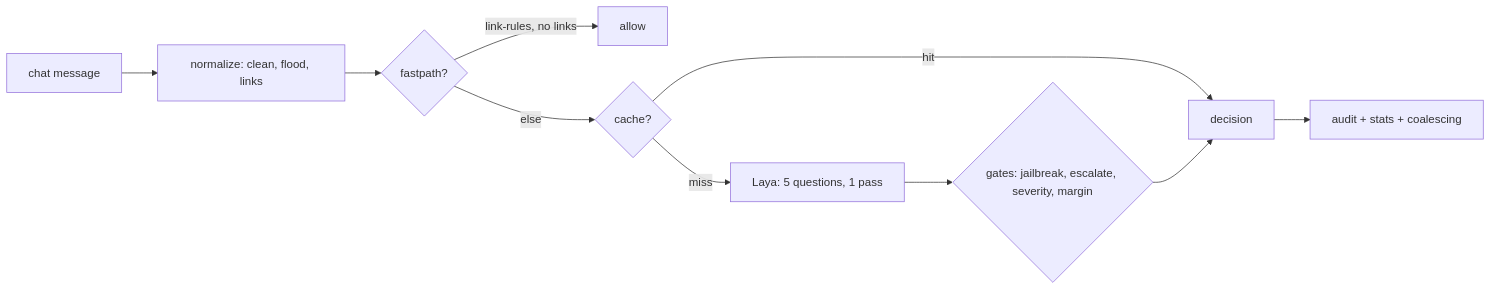
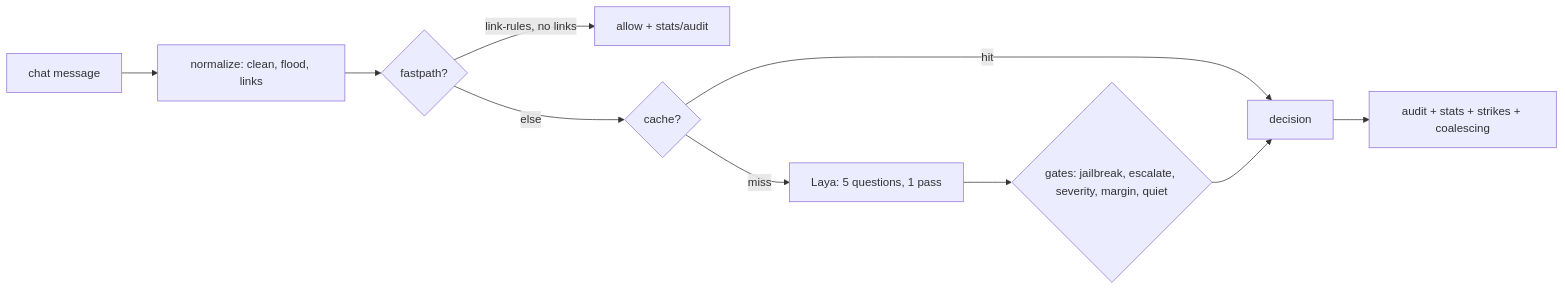
One commit to Faycall1l/bouncer changed the diagram in docs/architecture.md. Above: the diagram before and after it, drawn with Mermaid. The commit also changed other lines of this file and 1 other file, not shown here.

Commit message:
T395 architecture update

````diff
--- a/docs/architecture.md
+++ b/docs/architecture.md
@@ -3,12 +3,12 @@
 ```mermaid
 flowchart LR
     msg[chat message] --> norm[normalize: clean, flood, links]
     norm --> fp{fastpath?}
-    fp -->|link-rules, no links| allow[allow]
+    fp -->|link-rules, no links| allow[allow + stats/audit]
     fp -->|else| cache{cache?}
     cache -->|hit| out[decision]
     cache -->|miss| model[Laya: 5 questions, 1 pass]
-    model --> gate{gates: jailbreak, escalate, severity, margin}
+    model --> gate{gates: jailbreak, escalate, severity, margin, quiet}
     gate --> out
-    out --> audit[audit + stats + coalescing]
+    out --> audit[audit + stats + strikes + coalescing]
 ```
````
